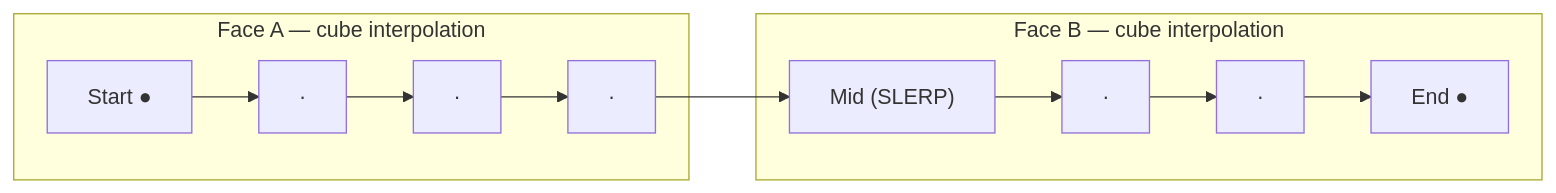
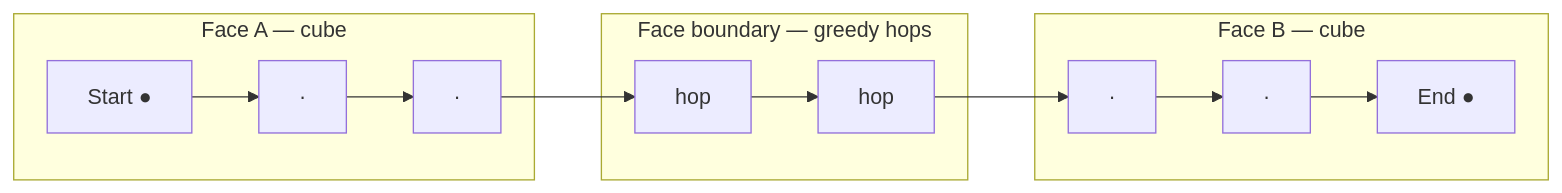
The fifth of 5 diagrams in docs/src/extensions.md (charleskawczynski/FastH3.jl), drawn with Mermaid before and after one commit. The commit also changed other lines of this file and 8 other files, not shown here.

````diff
--- a/docs/src/extensions.md
+++ b/docs/src/extensions.md
@@ -122,10 +124,12 @@
 ```mermaid
 graph LR
-    subgraph faceA ["Face A — cube interpolation"]
-        S["Start ●"] --> a1["·"] --> a2["·"] --> a3["·"]
+    subgraph faceA_r ["Face A — cube"]
+        S_r["Start ●"] --> ar1["·"] --> ar2["·"]
     end
-    a3 --> mid["Mid (SLERP)"]
-    subgraph faceB ["Face B — cube interpolation"]
-        mid --> b1["·"] --> b2["·"] --> E["End ●"]
+    subgraph boundary_r ["Face boundary — greedy hops"]
+        ar2 --> g1["hop"] --> g2["hop"]
+    end
+    subgraph faceB_r ["Face B — cube"]
+        g2 --> br1["·"] --> br2["·"] --> E_r["End ●"]
     end
 ```
````
